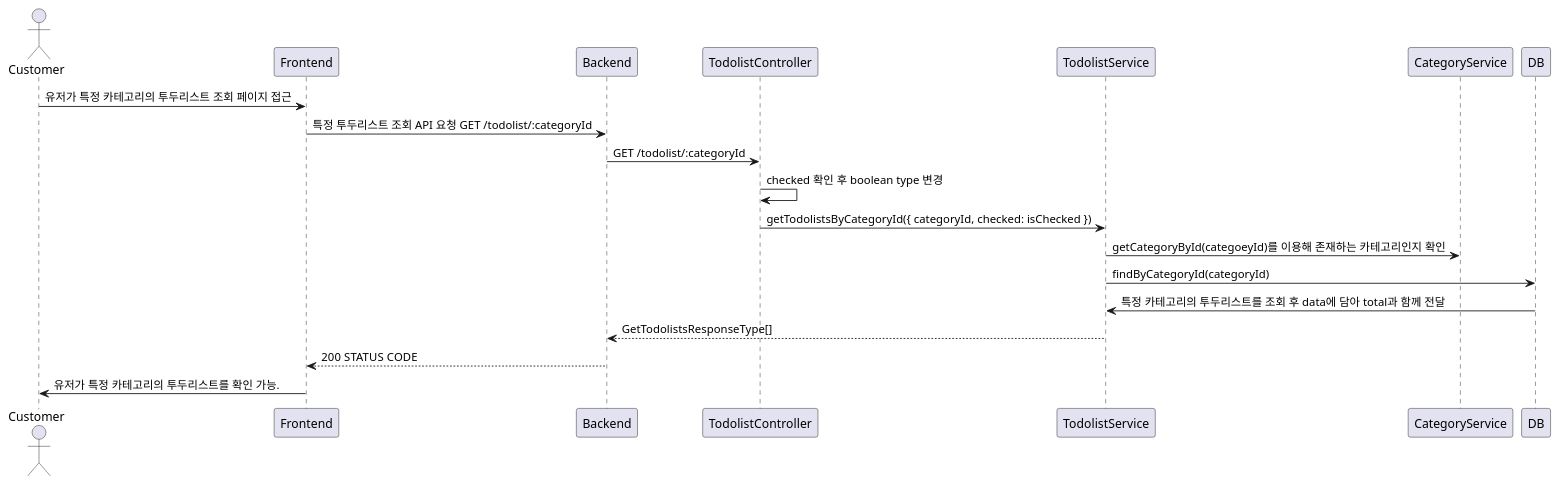
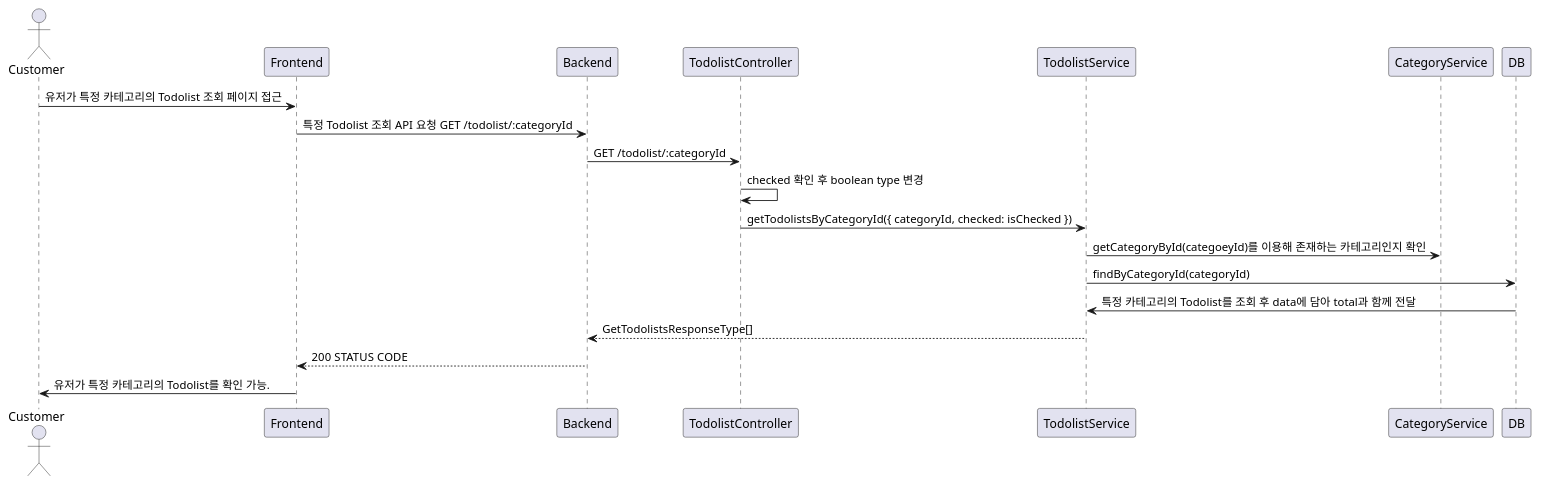
One commit to VVSOGI/todolist-remake changed the second of 3 diagrams in server/docs/todolist/todolist.get.md. Above: the diagram before and after it, drawn with PlantUML. The commit also changed other lines of this file, not shown here.

Commit message:
Refactor todolist.get.md for better readability and consistency

````diff
--- a/server/docs/todolist/todolist.get.md
+++ b/server/docs/todolist/todolist.get.md
@@ -61,16 +61,16 @@
 ```plantuml
 @startuml
 actor Customer
-Customer -> Frontend: 유저가 특정 카테고리의 투두리스트 조회 페이지 접근
-    Frontend -> Backend: 특정 투두리스트 조회 API 요청 GET /todolist/:categoryId
+Customer -> Frontend: 유저가 특정 카테고리의 Todolist 조회 페이지 접근
+    Frontend -> Backend: 특정 Todolist 조회 API 요청 GET /todolist/:categoryId
         Backend -> TodolistController: GET /todolist/:categoryId
             TodolistController -> TodolistController: checked 확인 후 boolean type 변경
             TodolistController -> TodolistService: getTodolistsByCategoryId({ categoryId, checked: isChecked })
                 TodolistService -> CategoryService: getCategoryById(categoeyId)를 이용해 존재하는 카테고리인지 확인
                 TodolistService -> DB: findByCategoryId(categoryId)
-                DB -> TodolistService: 특정 카테고리의 투두리스트를 조회 후 data에 담아 total과 함께 전달
+                DB -> TodolistService: 특정 카테고리의 Todolist를 조회 후 data에 담아 total과 함께 전달
             Backend <-- TodolistService: GetTodolistsResponseType[]
     Frontend <-- Backend: 200 STATUS CODE
-Customer <- Frontend: 유저가 특정 카테고리의 투두리스트를 확인 가능.
+Customer <- Frontend: 유저가 특정 카테고리의 Todolist를 확인 가능.
 @enduml
 ```
````
